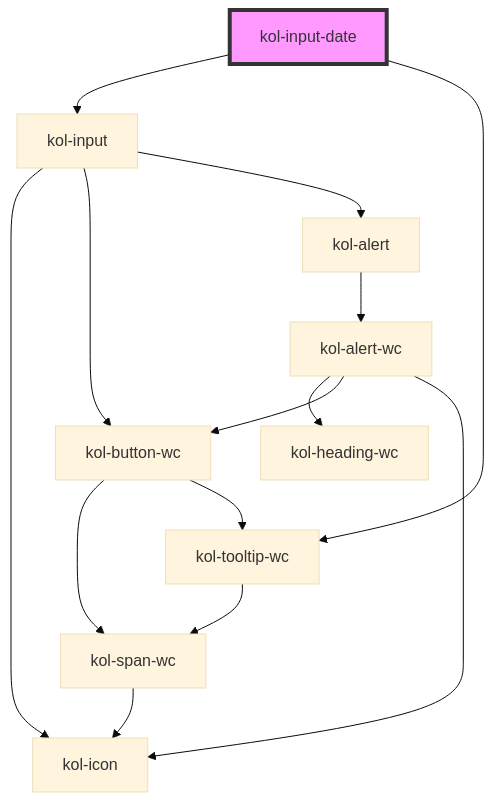
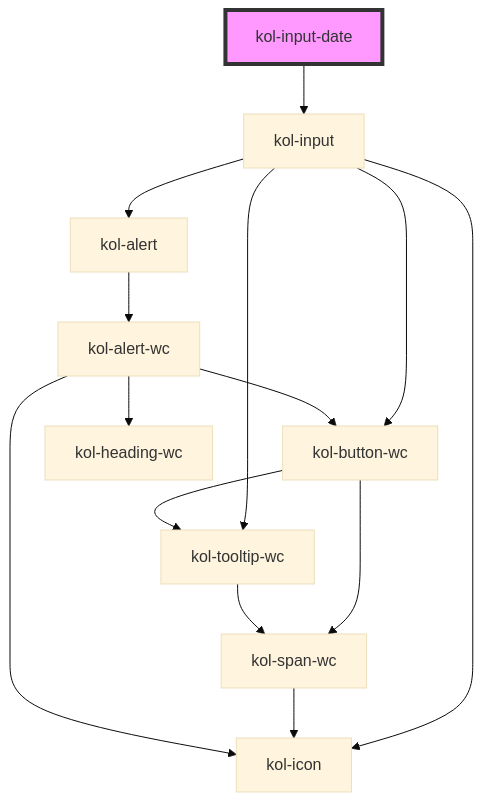
One commit to public-ui/kolibri changed the diagram in packages/components/src/components/input-date/readme.md. Above: the diagram before and after it, drawn with Mermaid (base theme). The commit also changed other lines of this file and 69 other files, not shown here.

Commit message:
refactor: input tooltip samples

````diff
--- a/packages/components/src/components/input-date/readme.md
+++ b/packages/components/src/components/input-date/readme.md
@@ -123,17 +122,17 @@
 ```mermaid
 graph TD;
   kol-input-date --> kol-input
-  kol-input-date --> kol-tooltip-wc
   kol-input --> kol-icon
   kol-input --> kol-button-wc
+  kol-input --> kol-tooltip-wc
   kol-input --> kol-alert
   kol-button-wc --> kol-span-wc
   kol-button-wc --> kol-tooltip-wc
   kol-span-wc --> kol-icon
   kol-tooltip-wc --> kol-span-wc
   kol-alert --> kol-alert-wc
   kol-alert-wc --> kol-heading-wc
   kol-alert-wc --> kol-button-wc
   kol-alert-wc --> kol-icon
   style kol-input-date fill:#f9f,stroke:#333,stroke-width:4px
 ```
````
